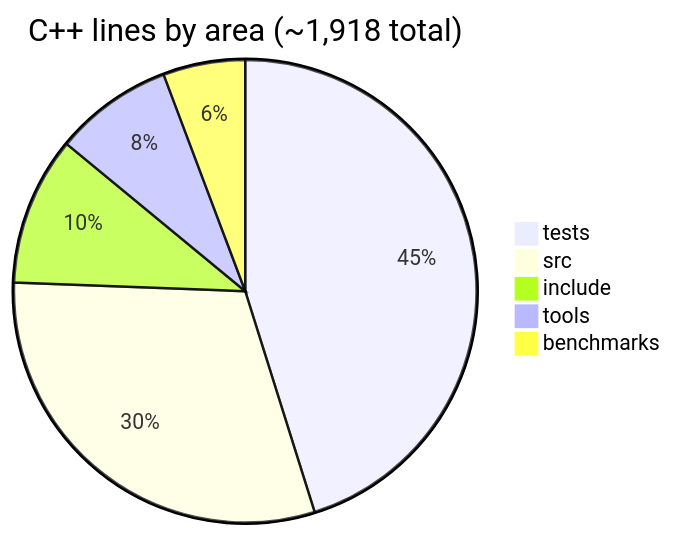
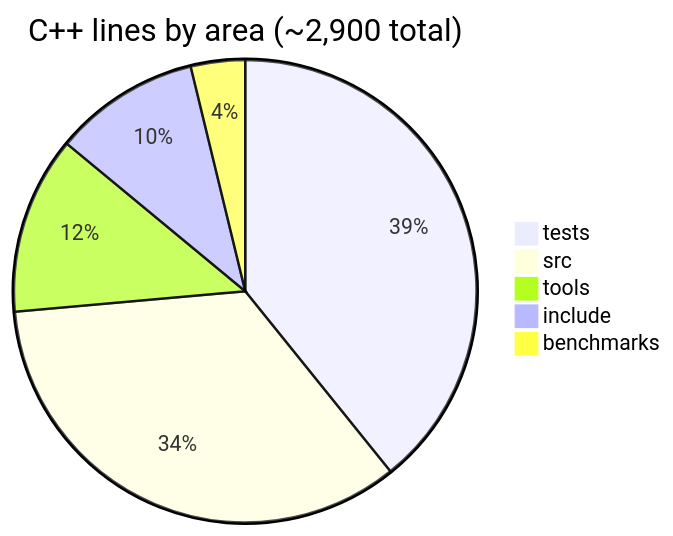
The second of 5 diagrams in README.md (Kumario1/vectorDB), drawn with Mermaid before and after one commit. The commit also changed other lines of this file and 5 other files, not shown here.

````diff
--- a/README.md
+++ b/README.md
@@ -33,8 +35,8 @@
 ```mermaid
-pie title C++ lines by area (~1,918 total)
-  "tests" : 866
-  "src" : 584
-  "include" : 199
-  "tools" : 159
+pie title C++ lines by area (~2,900 total)
+  "tests" : 1137
+  "src" : 997
+  "tools" : 360
+  "include" : 296
   "benchmarks" : 110
 ```
````
